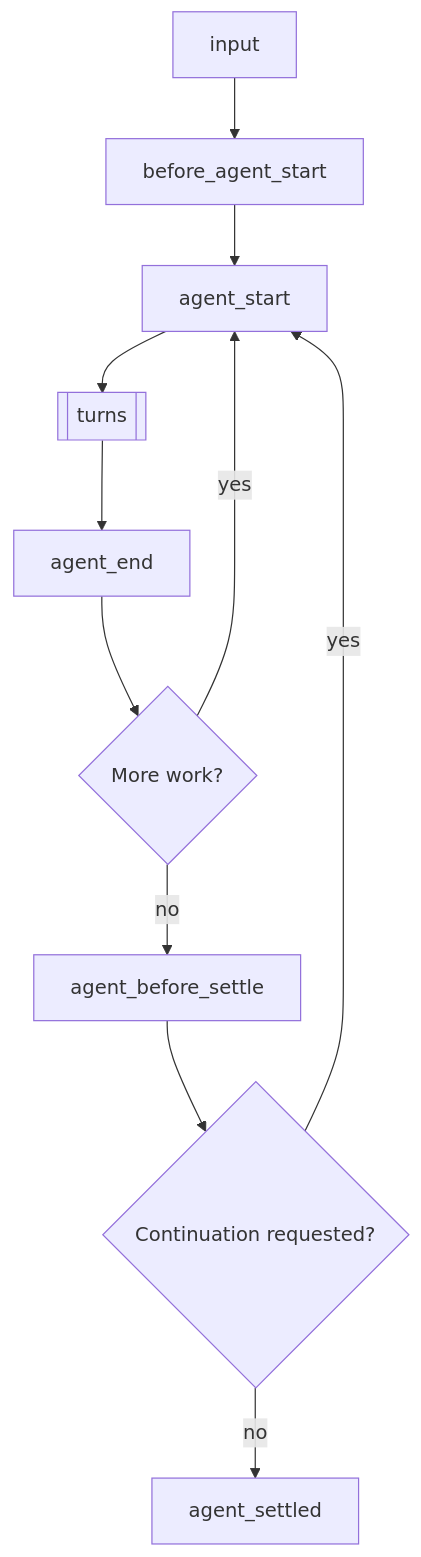
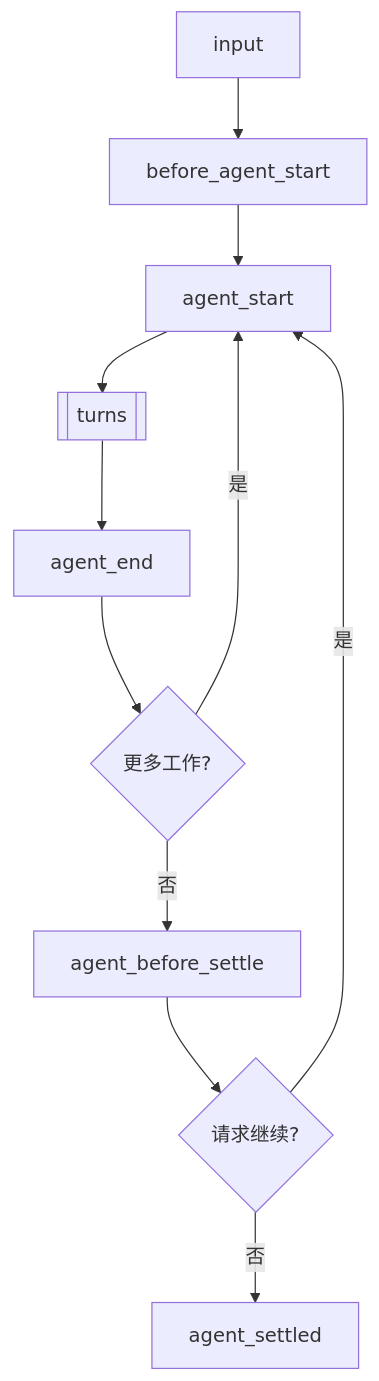
The first of 3 diagrams in docs-md/extensions.md (Lizhen0628/pi-dev-chinese), drawn with Mermaid before and after one commit. The commit also changed other lines of this file and 6 other files, not shown here.

````diff
--- a/docs-md/extensions.md
+++ b/docs-md/extensions.md
@@ -64,13 +310,13 @@
 ```mermaid
 flowchart TD
     Input["input"] --> Before["before_agent_start"]
     Before --> AgentStart["agent_start"]
     AgentStart --> Turns[["turns"]]
     Turns --> AgentEnd["agent_end"]
-    AgentEnd --> MoreRuns{"More work?"}
-    MoreRuns -->|yes| AgentStart
-    MoreRuns -->|no| BeforeSettle["agent_before_settle"]
-    BeforeSettle --> Continue{"Continuation requested?"}
-    Continue -->|yes| AgentStart
-    Continue -->|no| Settled["agent_settled"]
+    AgentEnd --> MoreRuns{"更多工作?"}
+    MoreRuns -->|是| AgentStart
+    MoreRuns -->|否| BeforeSettle["agent_before_settle"]
+    BeforeSettle --> Continue{"请求继续?"}
+    Continue -->|是| AgentStart
+    Continue -->|否| Settled["agent_settled"]
 ```
````
